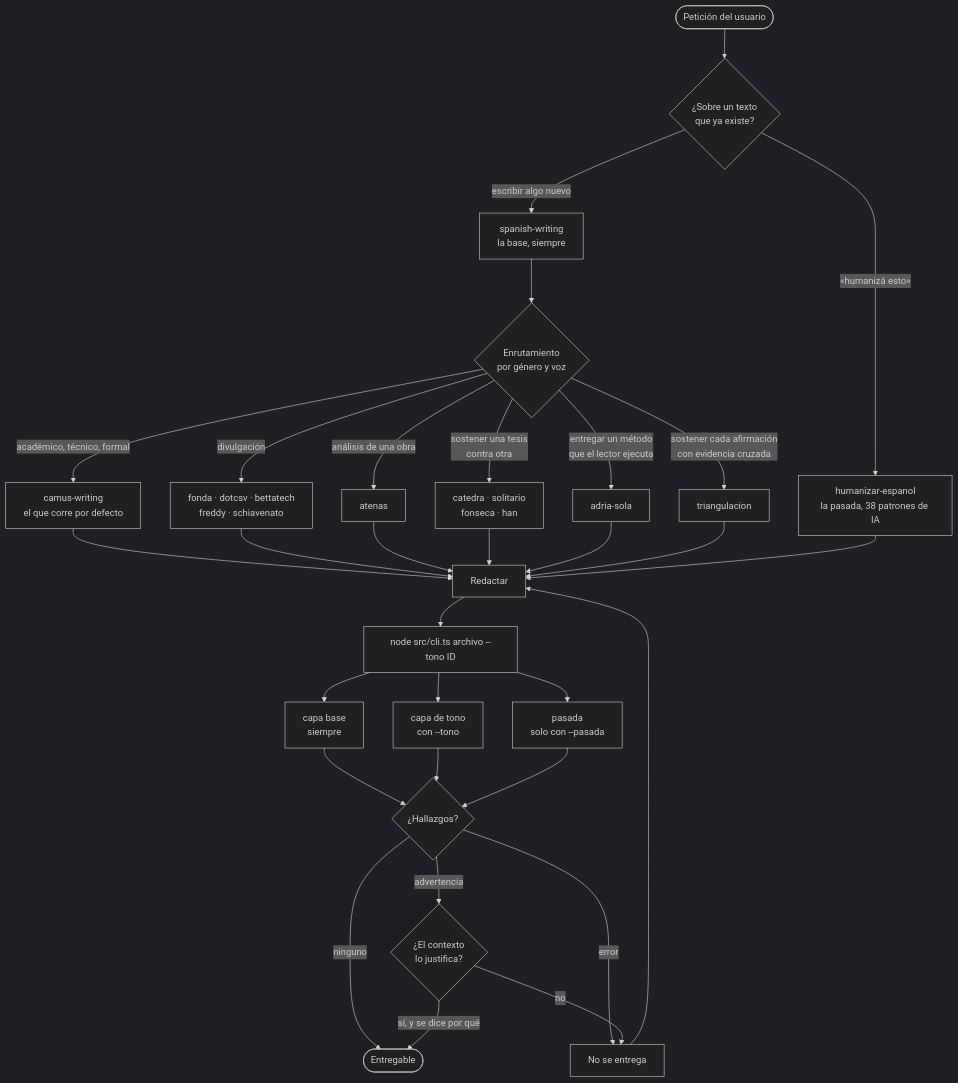
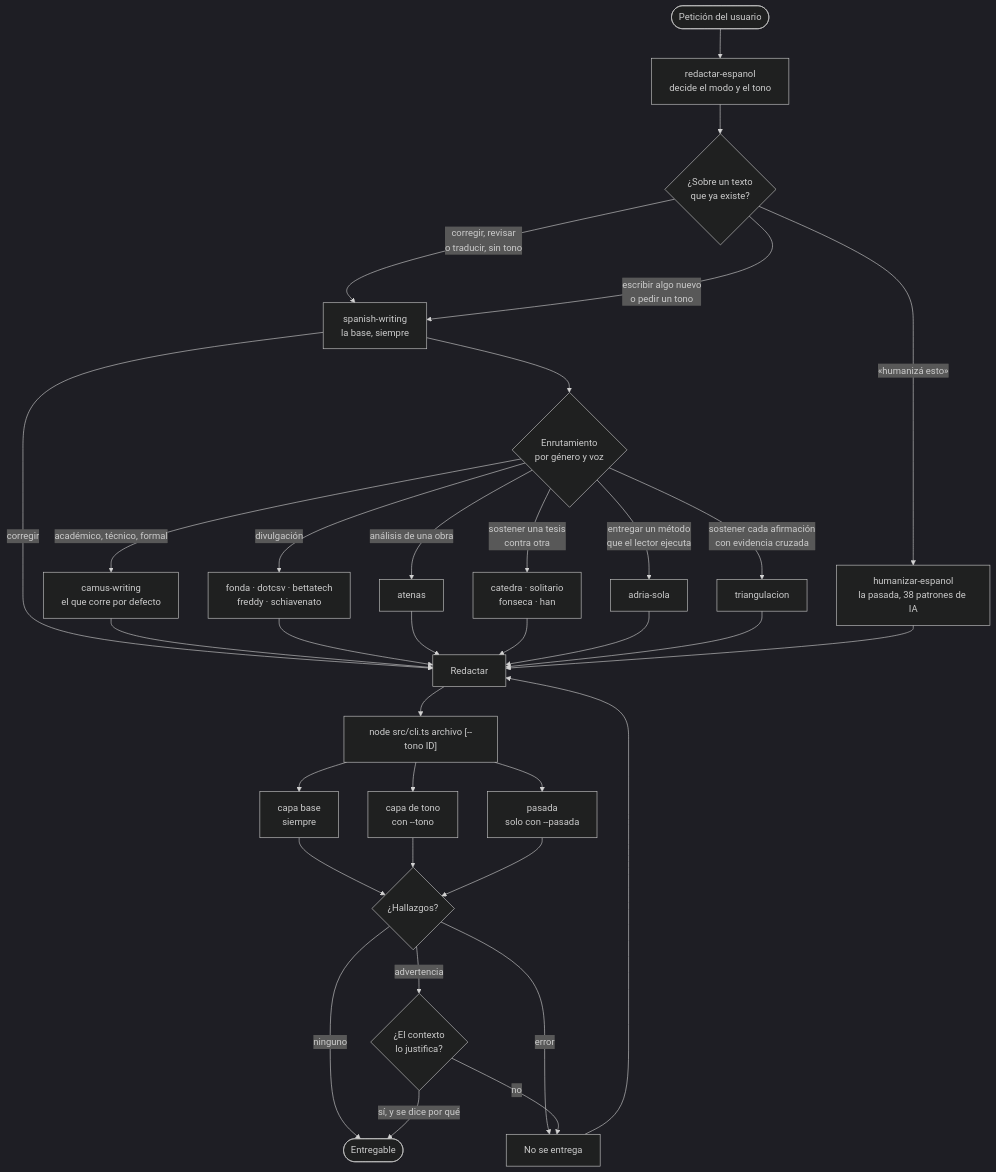
The first of 5 diagrams in README.md (diegnghtmr/writing-harness), drawn with Mermaid (dark theme) before and after one commit. The commit also changed other lines of this file and 2 other files, not shown here.

````diff
--- a/README.md
+++ b/README.md
@@ -28,39 +28,42 @@
 ```mermaid
 flowchart TD
-    U(["Petición del usuario"]) --> Q0{"¿Sobre un texto<br/>que ya existe?"}
+    U(["Petición del usuario"]) --> EN["redactar-espanol<br/>decide el modo y el tono"]
+    EN --> Q0{"¿Sobre un texto<br/>que ya existe?"}
 
     Q0 -->|"«humanizá esto»"| H["humanizar-espanol<br/>la pasada, 38 patrones de IA"]
-    Q0 -->|"escribir algo nuevo"| B["spanish-writing<br/>la base, siempre"]
+    Q0 -->|"corregir, revisar<br/>o traducir, sin tono"| B["spanish-writing<br/>la base, siempre"]
+    Q0 -->|"escribir algo nuevo<br/>o pedir un tono"| B
 
+    B -->|"corregir"| W["Redactar"]
     B --> R{"Enrutamiento<br/>por género y voz"}
     R -->|"académico, técnico, formal"| T1["camus-writing<br/>el que corre por defecto"]
     R -->|"divulgación"| T2["fonda · dotcsv · bettatech<br/>freddy · schiavenato"]
     R -->|"análisis de una obra"| T3["atenas"]
     R -->|"sostener una tesis<br/>contra otra"| T4["catedra · solitario<br/>fonseca · han"]
     R -->|"entregar un método<br/>que el lector ejecuta"| T5["adria-sola"]
     R -->|"sostener cada afirmación<br/>con evidencia cruzada"| T6["triangulacion"]
 
-    T1 --> W["Redactar"]
+    T1 --> W
     T2 --> W
     T3 --> W
     T4 --> W
     T5 --> W
     T6 --> W
     H --> W
 
-    W --> V["node src/cli.ts archivo --tono ID"]
+    W --> V["node src/cli.ts archivo [--tono ID]"]
     V --> C1["capa base<br/>siempre"]
     V --> C2["capa de tono<br/>con --tono"]
     V --> C3["pasada<br/>solo con --pasada"]
 
     C1 --> Q1{"¿Hallazgos?"}
     C2 --> Q1
     C3 --> Q1
 
     Q1 -->|"ninguno"| E(["Entregable"])
     Q1 -->|"error"| X["No se entrega"]
     Q1 -->|"advertencia"| Q2{"¿El contexto<br/>lo justifica?"}
     Q2 -->|"sí, y se dice por qué"| E
     Q2 -->|"no"| X
     X --> W
 ```
````
